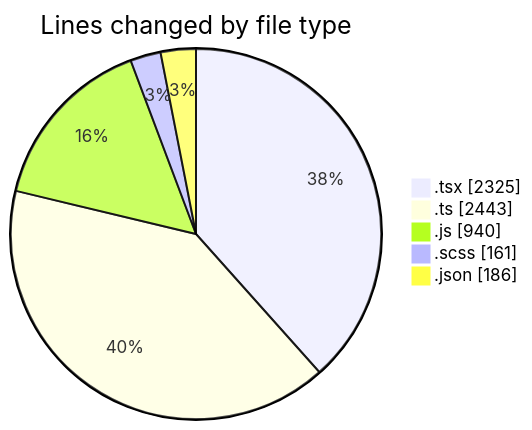
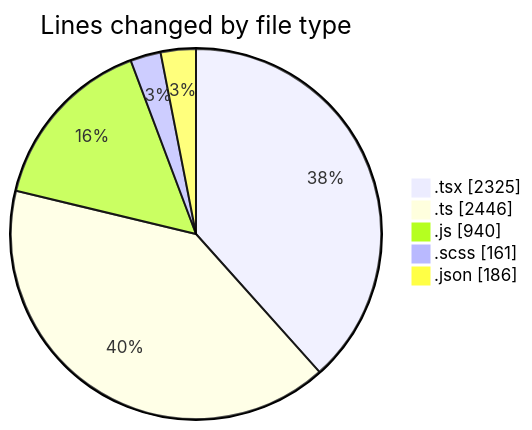
The first of 2 diagrams in 2026-07-16/cda/README.md (momahboobian/code-tracking), drawn with Mermaid before and after one commit. The commit also changed other lines of this file and 1 other file, not shown here.

````diff
--- a/2026-07-16/cda/README.md
+++ b/2026-07-16/cda/README.md
@@ -51,9 +51,9 @@
 ```mermaid
 pie showData
 title Lines changed by file type
 ".tsx" : 2325
-".ts" : 2443
+".ts" : 2446
 ".js" : 940
 ".scss" : 161
 ".json" : 186
 ```
````
